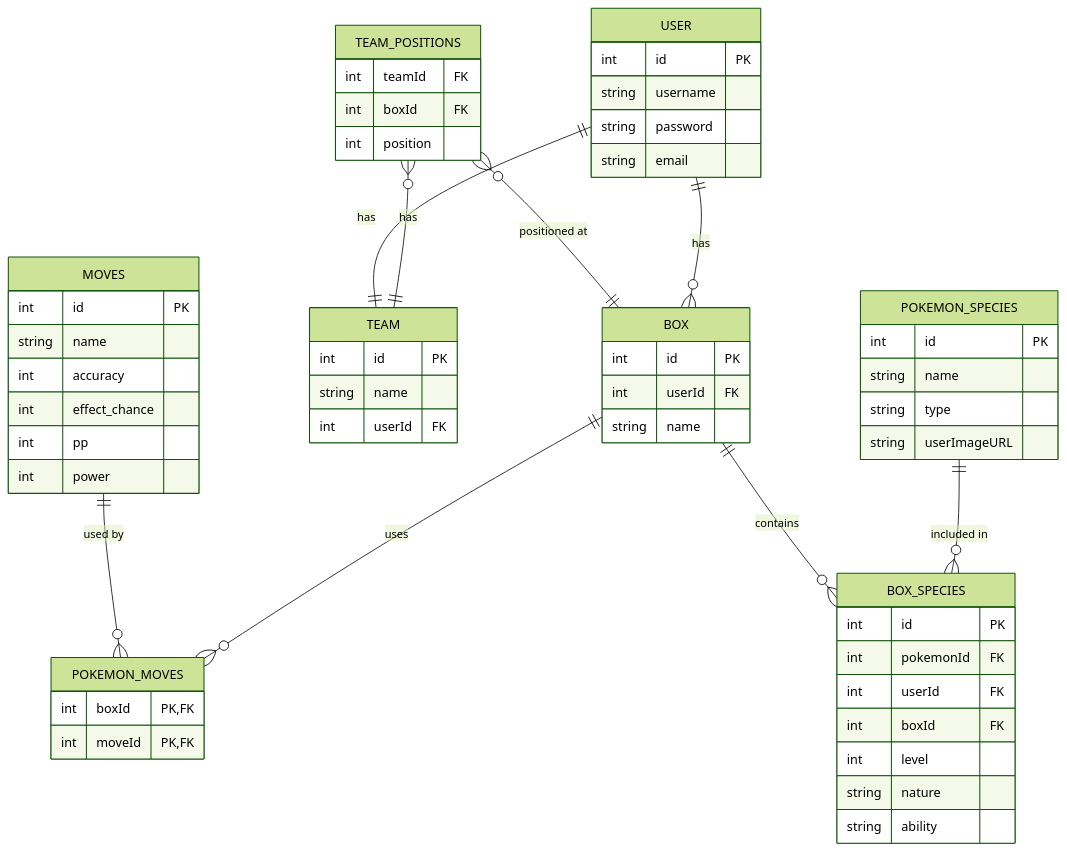
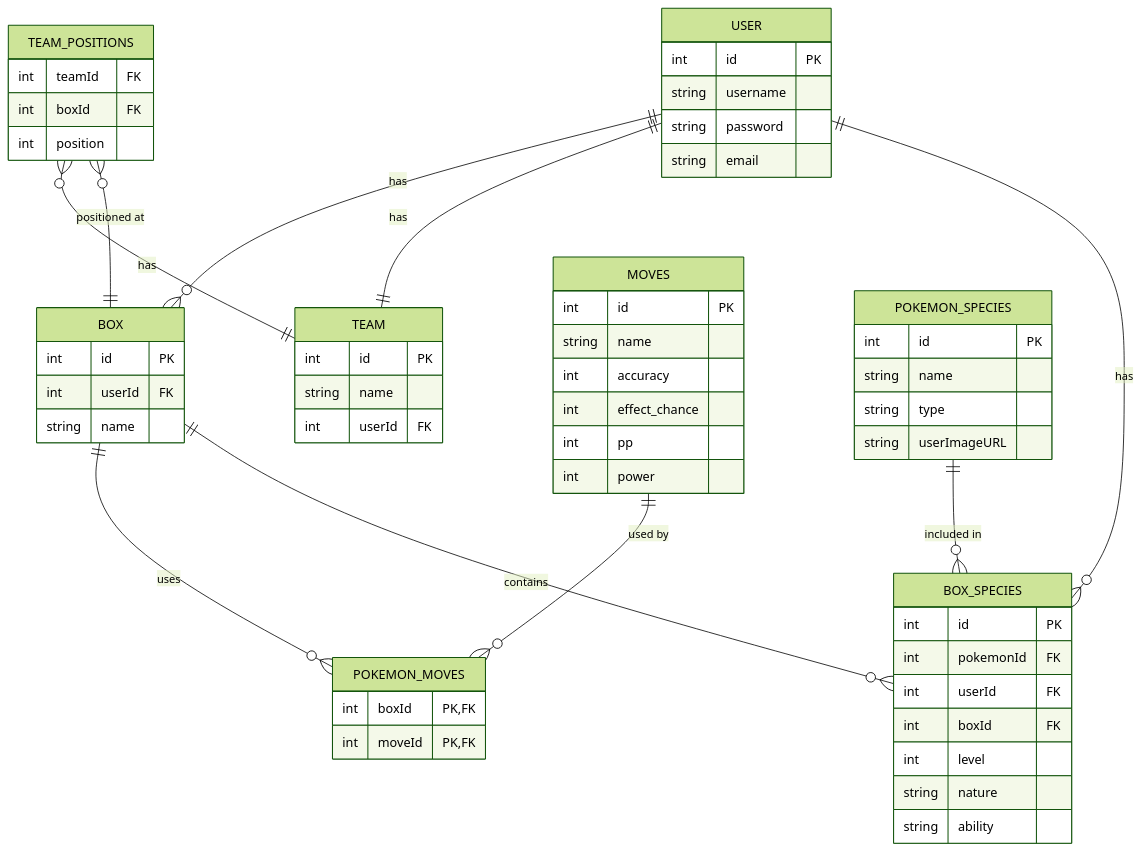
Before and after one commit to tjklint/PokePC: the diagram in erd.mermaid, drawn with Mermaid (forest theme).

```diff
--- a/erd.mermaid
+++ b/erd.mermaid
@@ -1,66 +1,66 @@
 erDiagram
     USER ||--o{ BOX : "has"
     TEAM_POSITIONS o{--|| TEAM: "has"
     TEAM_POSITIONS o{--|| BOX: "positioned at"
     USER||--|| TEAM:"has"
     BOX ||--o{ POKEMON_MOVES : "uses"
     MOVES ||--o{ POKEMON_MOVES : "used by"
     POKEMON_SPECIES ||--o{ BOX_SPECIES : "included in"
     BOX ||--o{ BOX_SPECIES : "contains"
-
+    USER ||--o{ BOX_SPECIES : "has"
 
     USER {
         int id PK
         string username
         string password
         string email
     }
 
     POKEMON_SPECIES {
         int id PK
         string name
         string type
         string userImageURL
     }
 
     BOX {
         int id PK
         int userId FK
         string name
     }
 
     BOX_SPECIES {
         int id PK
         int pokemonId FK
         int userId FK
         int boxId FK
         int level
         string nature
         string ability
     }
 
     TEAM {
         int id PK
         string name
         int userId FK
     }
 
     TEAM_POSITIONS {
         int teamId FK
         int boxId FK
         int position
     }
 
     MOVES {
         int id PK
         string name 
         int accuracy
         int effect_chance
         int pp   
         int power
     }
 
     POKEMON_MOVES {
         int boxId PK, FK
         int moveId PK, FK
     }
```
